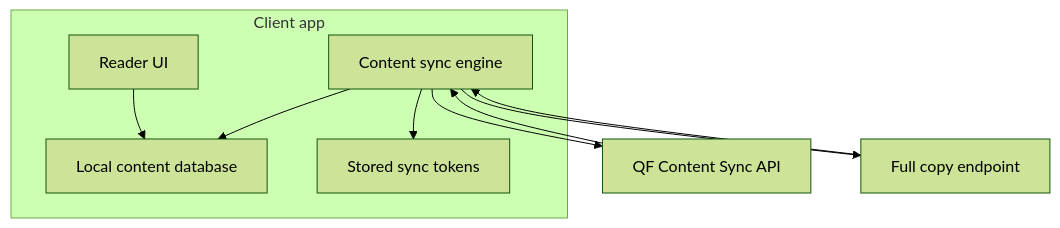
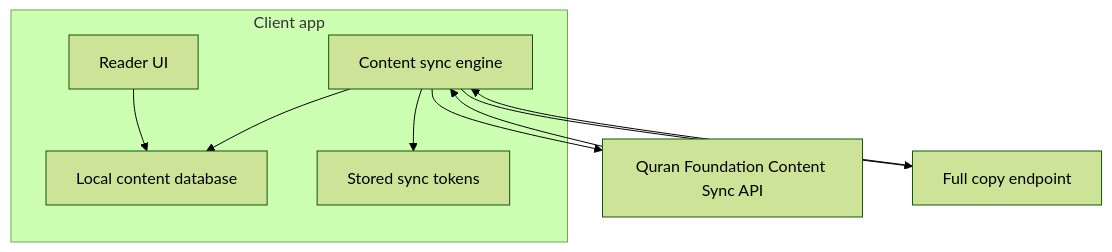
One commit to quran/qf-api-docs changed the first of 3 diagrams in docs/tutorials/content-sync/offline-cache-patterns.mdx. Above: the diagram before and after it, drawn with Mermaid (forest theme). The commit also changed other lines of this file and 519 other files, not shown here.

Commit message:
docs: allow offline recitation downloads and use the name Quran Foundation (#269)

````diff
--- a/docs/tutorials/content-sync/offline-cache-patterns.mdx
+++ b/docs/tutorials/content-sync/offline-cache-patterns.mdx
@@ -14,20 +14,20 @@
 ```mermaid
 flowchart TB
     subgraph App["Client app"]
         UI["Reader UI"]
         DB["Local content database"]
         Engine["Content sync engine"]
         State["Stored sync tokens"]
     end
 
-    API["QF Content Sync API"]
+    API["Quran Foundation Content Sync API"]
     Snapshot["Full copy endpoint"]
 
     UI --> DB
     Engine --> State
     Engine --> API
     API --> Engine
     Engine --> Snapshot
     Snapshot --> Engine
     Engine --> DB
 ```
````
